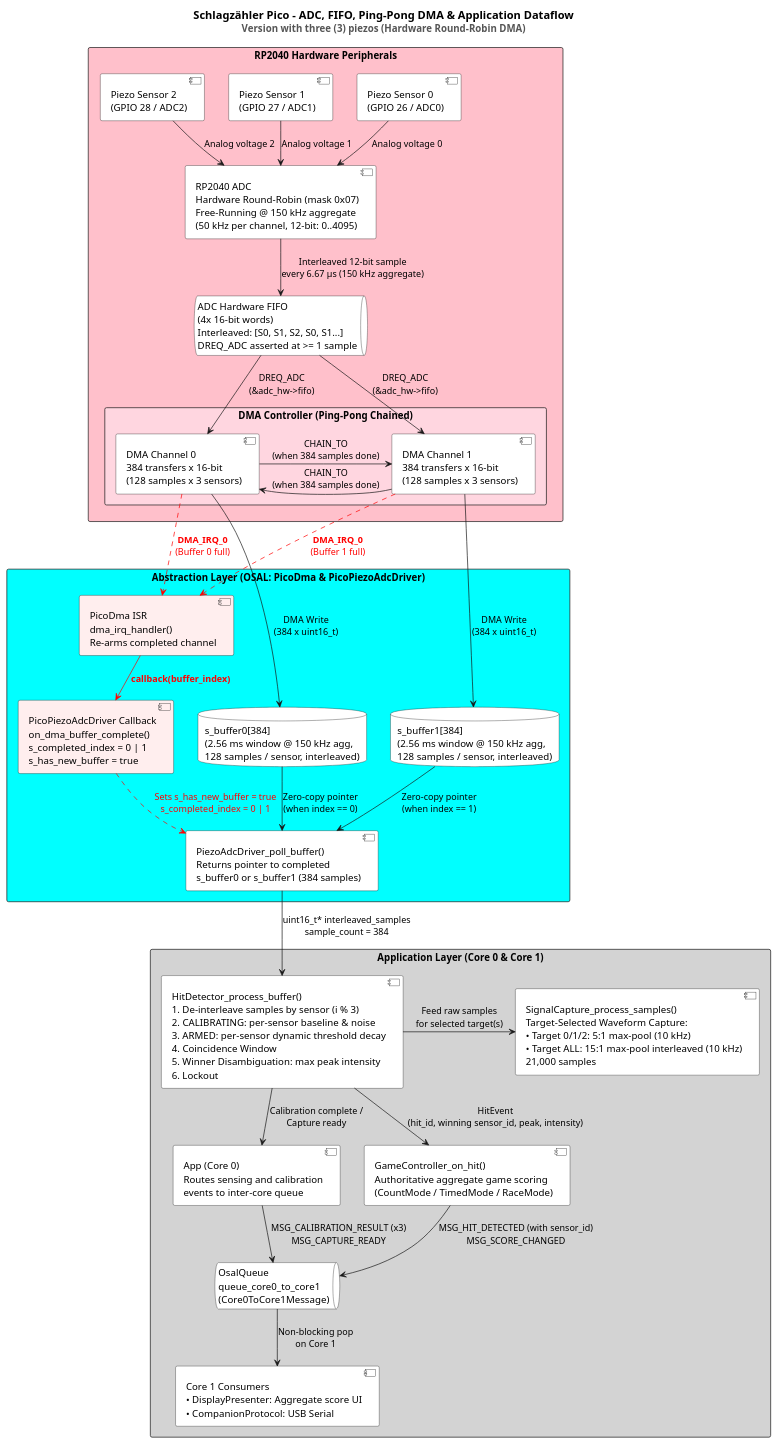
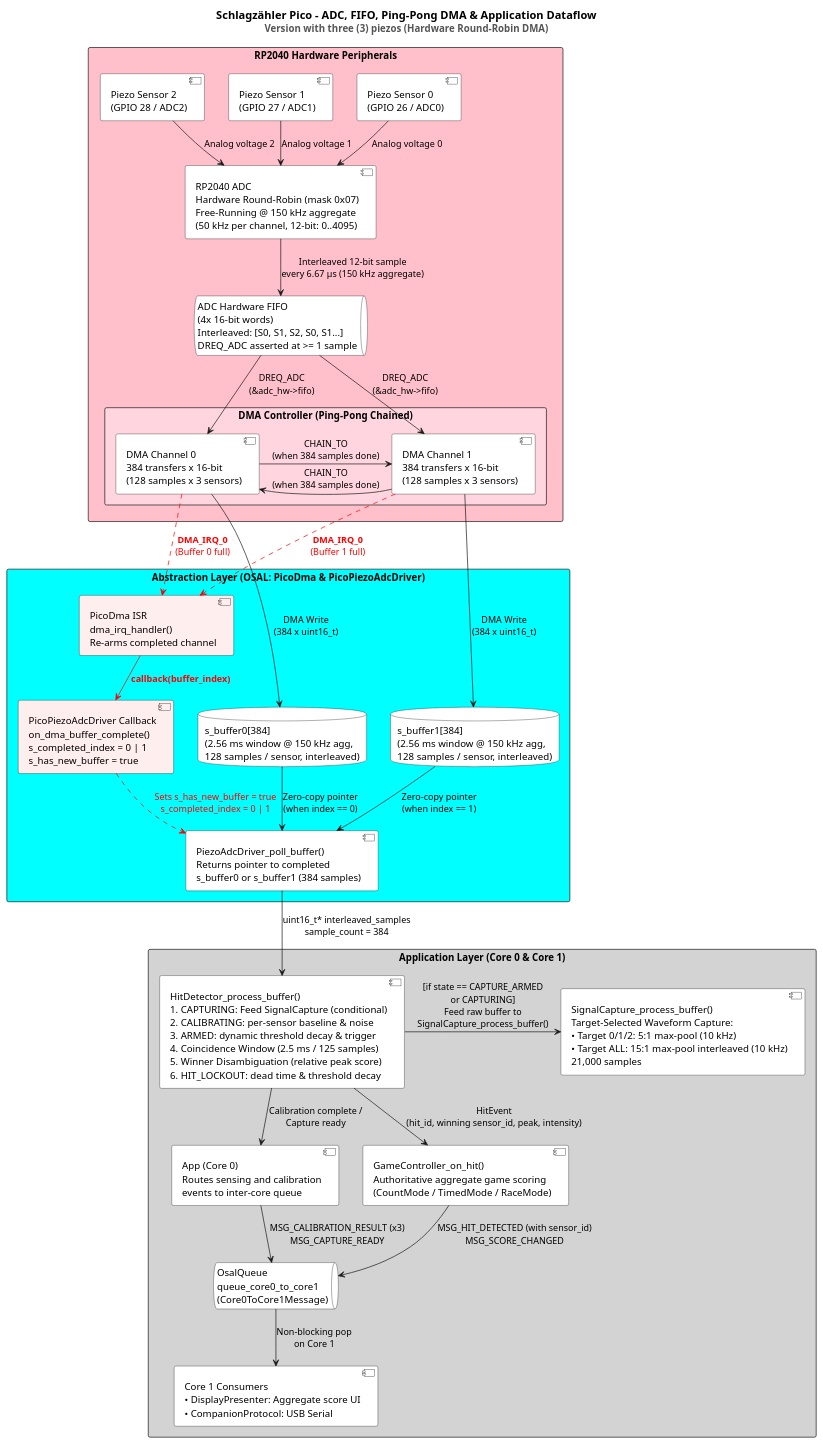
The diagram in docs/diagrams/dataflow_pico_adc_dma_3_piezo.puml (rafaelurben/raspberry-pi-pico-schlagzaehler), drawn with PlantUML before and after one commit. The commit also changed 6 other files, not shown here.

Commit message:
chore(docs): Update diagrams

```diff
--- a/docs/diagrams/dataflow_pico_adc_dma_3_piezo.puml
+++ b/docs/diagrams/dataflow_pico_adc_dma_3_piezo.puml
@@ -1,94 +1,94 @@
 @startuml
 title
   <size:16><b>Schlagzähler Pico – ADC, FIFO, Ping-Pong DMA & Application Dataflow</b></size>
   <size:14><color:#555555>Version with three (3) piezos (Hardware Round-Robin DMA)</color></size>
 end title
 
 top to bottom direction
 skinparam shadowing false
 skinparam packageStyle rectangle
 skinparam nodesep 35
 skinparam ranksep 45
 
 ' ============================================================================
 ' 1. HARDWARE PERIPHERALS (RP2040)
 ' ============================================================================
 package "RP2040 Hardware Peripherals" as HwLayer #Pink {
     component "Piezo Sensor 0\n(GPIO 26 / ADC0)" as Piezo0 #White
     component "Piezo Sensor 1\n(GPIO 27 / ADC1)" as Piezo1 #White
     component "Piezo Sensor 2\n(GPIO 28 / ADC2)" as Piezo2 #White
 
     component "RP2040 ADC\nHardware Round-Robin (mask 0x07)\nFree-Running @ 150 kHz aggregate\n(50 kHz per channel, 12-bit: 0..4095)" as AdcHw #White
     queue "ADC Hardware FIFO\n(4x 16-bit words)\nInterleaved: [S0, S1, S2, S0, S1...]\nDREQ_ADC asserted at >= 1 sample" as AdcFifo #White
 
     package "DMA Controller (Ping-Pong Chained)" as DmaHw #FFD6E0 {
         component "DMA Channel 0\n384 transfers x 16-bit\n(128 samples x 3 sensors)" as DmaChan0 #White
         component "DMA Channel 1\n384 transfers x 16-bit\n(128 samples x 3 sensors)" as DmaChan1 #White
     }
 }
 
 ' ============================================================================
 ' 2. ABSTRACTION LAYER (DMA RAM BUFFERS & DRIVER)
 ' ============================================================================
 package "Abstraction Layer (OSAL: PicoDma & PicoPiezoAdcDriver)" as AbsLayer #Cyan {
     database "s_buffer0[384]\n(2.56 ms window @ 150 kHz agg,\n128 samples / sensor, interleaved)" as Buf0 #White
     database "s_buffer1[384]\n(2.56 ms window @ 150 kHz agg,\n128 samples / sensor, interleaved)" as Buf1 #White
 
     component "PicoDma ISR\ndma_irq_handler()\nRe-arms completed channel" as PicoDmaIsr #FFEEEE
     component "PicoPiezoAdcDriver Callback\non_dma_buffer_complete()\ns_completed_index = 0 | 1\ns_has_new_buffer = true" as AdcDriverCb #FFEEEE
     component "PiezoAdcDriver_poll_buffer()\nReturns pointer to completed\ns_buffer0 or s_buffer1 (384 samples)" as PollBuffer #White
 }
 
 ' ============================================================================
 ' 3. APPLICATION LAYER (CORE 0 & CORE 1)
 ' ============================================================================
 package "Application Layer (Core 0 & Core 1)" as AppLayer #LightGray {
-    component "HitDetector_process_buffer()\n1. De-interleave samples by sensor (i % 3)\n2. CALIBRATING: per-sensor baseline & noise\n3. ARMED: per-sensor dynamic threshold decay\n4. Coincidence Window\n5. Winner Disambiguation: max peak intensity\n6. Lockout" as HitDetector #White
-    component "SignalCapture_process_samples()\nTarget-Selected Waveform Capture:\n• Target 0/1/2: 5:1 max-pool (10 kHz)\n• Target ALL: 15:1 max-pool interleaved (10 kHz)\n21,000 samples" as SignalCapture #White
+    component "HitDetector_process_buffer()\n1. CAPTURING: Feed SignalCapture (conditional)\n2. CALIBRATING: per-sensor baseline & noise\n3. ARMED: dynamic threshold decay & trigger\n4. Coincidence Window (2.5 ms / 125 samples)\n5. Winner Disambiguation (relative peak score)\n6. HIT_LOCKOUT: dead time & threshold decay" as HitDetector #White
+    component "SignalCapture_process_buffer()\nTarget-Selected Waveform Capture:\n• Target 0/1/2: 5:1 max-pool (10 kHz)\n• Target ALL: 15:1 max-pool interleaved (10 kHz)\n21,000 samples" as SignalCapture #White
     component "App (Core 0)\nRoutes sensing and calibration\nevents to inter-core queue" as AppCore0 #White
     component "GameController_on_hit()\nAuthoritative aggregate game scoring\n(CountMode / TimedMode / RaceMode)" as GameController #White
     queue "OsalQueue\nqueue_core0_to_core1\n(Core0ToCore1Message)" as InterCoreQueue #White
     component "Core 1 Consumers\n• DisplayPresenter: Aggregate score UI\n• CompanionProtocol: USB Serial" as Core1Consumers #White
 }
 
 ' ============================================================================
 ' DATAFLOW CONNECTIONS
 ' ============================================================================
 
 ' Analog to ADC to FIFO
 Piezo0 -down-> AdcHw : Analog voltage 0
 Piezo1 -down-> AdcHw : Analog voltage 1
 Piezo2 -down-> AdcHw : Analog voltage 2
 AdcHw -down-> AdcFifo : Interleaved 12-bit sample\nevery 6.67 µs (150 kHz aggregate)
 
 ' FIFO to DMA via DREQ_ADC
 AdcFifo -down-> DmaChan0 : DREQ_ADC\n(&adc_hw->fifo)
 AdcFifo -down-> DmaChan1 : DREQ_ADC\n(&adc_hw->fifo)
 
 ' Ping-Pong Chaining between DMA Channel 0 and Channel 1
 DmaChan0 -right-> DmaChan1 : CHAIN_TO\n(when 384 samples done)
 DmaChan1 -left-> DmaChan0 : CHAIN_TO\n(when 384 samples done)
 
 ' DMA writes to RAM buffers
 DmaChan0 -down-> Buf0 : DMA Write\n(384 x uint16_t)
 DmaChan1 -down-> Buf1 : DMA Write\n(384 x uint16_t)
 
 ' Hardware Interrupt Path in RED
 DmaChan0 .[#Red]down.> PicoDmaIsr : <color:Red><b>DMA_IRQ_0</b></color>\n<color:Red>(Buffer 0 full)</color>
 DmaChan1 .[#Red]down.> PicoDmaIsr : <color:Red><b>DMA_IRQ_0</b></color>\n<color:Red>(Buffer 1 full)</color>
 PicoDmaIsr -[#Red]down-> AdcDriverCb : <color:Red><b>callback(buffer_index)</b></color>
 AdcDriverCb .[#Red]down.> PollBuffer : <color:Red>Sets s_has_new_buffer = true</color>\n<color:Red>s_completed_index = 0 | 1</color>
 
 ' Zero-copy buffer pointer handoff to Core 0 loop
 Buf0 -down-> PollBuffer : Zero-copy pointer\n(when index == 0)
 Buf1 -down-> PollBuffer : Zero-copy pointer\n(when index == 1)
 
 PollBuffer -down-> HitDetector : uint16_t* interleaved_samples\nsample_count = 384
-HitDetector -right-> SignalCapture : Feed raw samples\nfor selected target(s)
+HitDetector -right-> SignalCapture : [if state == CAPTURE_ARMED\nor CAPTURING]\nFeed raw buffer to\nSignalCapture_process_buffer()
 HitDetector -down-> AppCore0 : Calibration complete /\nCapture ready
 HitDetector -down-> GameController : HitEvent\n(hit_id, winning sensor_id, peak, intensity)
 AppCore0 -down-> InterCoreQueue : MSG_CALIBRATION_RESULT (x3)\nMSG_CAPTURE_READY
 GameController -down-> InterCoreQueue : MSG_HIT_DETECTED (with sensor_id)\nMSG_SCORE_CHANGED
 InterCoreQueue -down-> Core1Consumers : Non-blocking pop\non Core 1
 
 @enduml
```
